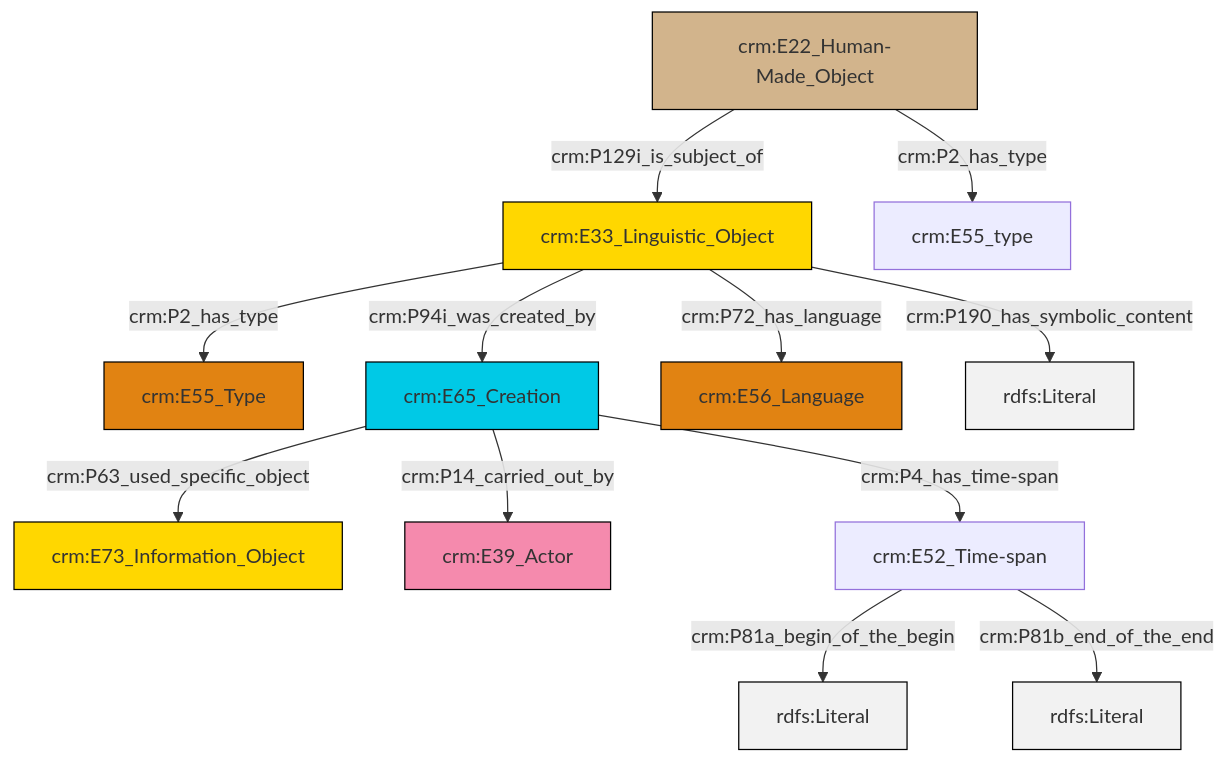
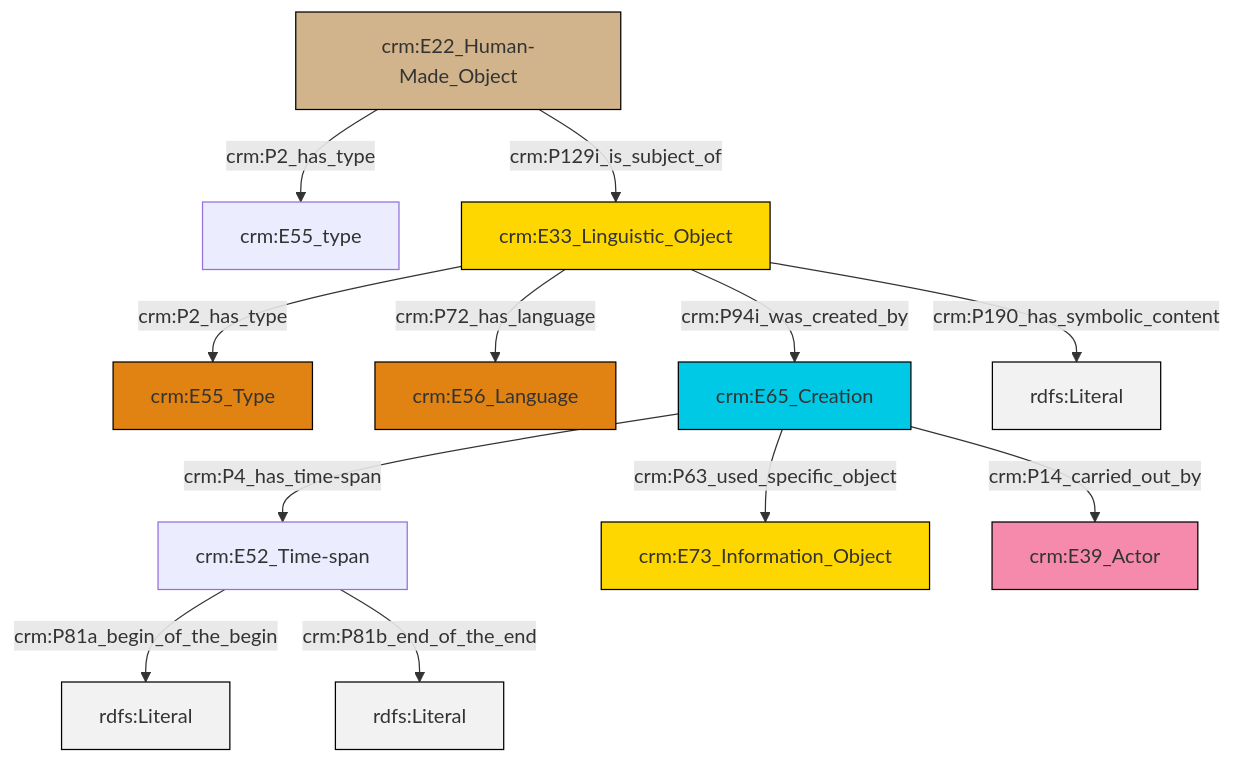
The diagram in et/builtWorkCSV/ttl/mmd/Built_Work_description.ttl.mmd (swiss-art-research-net/reference-data-models), drawn with Mermaid before and after one commit. The commit also changed 122 other files, not shown here.

```diff
--- a/et/builtWorkCSV/ttl/mmd/Built_Work_description.ttl.mmd
+++ b/et/builtWorkCSV/ttl/mmd/Built_Work_description.ttl.mmd
@@ -1,26 +1,26 @@
 graph TD
 classDef Literal fill:#f2f2f2,stroke:#000000;
 classDef CRM_Entity fill:#FFFFFF,stroke:#000000;
 classDef Temporal_Entity fill:#00C9E6, stroke:#000000;
 classDef Type fill:#E18312, stroke:#000000;
 classDef Time-Span fill:#2C9C91, stroke:#000000;
 classDef Appellation fill:#FFEB7F, stroke:#000000;
 classDef Place fill:#008836, stroke:#000000;
 classDef Persistent_Item fill:#B266B2, stroke:#000000;
 classDef Conceptual_Object fill:#FFD700, stroke:#000000;
 classDef Physical_Thing fill:#D2B48C, stroke:#000000;
 classDef Actor fill:#f58aad, stroke:#000000;
 classDef PC_Classes fill:#4ce600, stroke:#000000;
 classDef Multi fill:#cccccc,stroke:#000000;
 
-0["crm:E33_Linguistic_Object"]:::Conceptual_Object -->|crm:P2_has_type| 2["crm:E55_Type"]:::Type
-5["crm:E65_Creation"]:::Temporal_Entity -->|crm:P14_carried_out_by| 7["crm:E39_Actor"]:::Actor
-12["crm:E22_Human-Made_Object"]:::Physical_Thing -->|crm:P129i_is_subject_of| 0["crm:E33_Linguistic_Object"]:::Conceptual_Object
-5["crm:E65_Creation"]:::Temporal_Entity -->|crm:P63_used_specific_object| 3["crm:E73_Information_Object"]:::Conceptual_Object
-15["crm:E52_Time-span"]:::Default -->|crm:P81a_begin_of_the_begin| 16[rdfs:Literal]:::Literal
-15["crm:E52_Time-span"]:::Default -->|crm:P81b_end_of_the_end| 17[rdfs:Literal]:::Literal
-0["crm:E33_Linguistic_Object"]:::Conceptual_Object -->|crm:P190_has_symbolic_content| 19[rdfs:Literal]:::Literal
-0["crm:E33_Linguistic_Object"]:::Conceptual_Object -->|crm:P72_has_language| 10["crm:E56_Language"]:::Type
-0["crm:E33_Linguistic_Object"]:::Conceptual_Object -->|crm:P94i_was_created_by| 5["crm:E65_Creation"]:::Temporal_Entity
-5["crm:E65_Creation"]:::Temporal_Entity -->|crm:P4_has_time-span| 15["crm:E52_Time-span"]:::Default
-12["crm:E22_Human-Made_Object"]:::Physical_Thing -->|crm:P2_has_type| 8["crm:E55_type"]:::Default
+2["crm:E52_Time-span"]:::Default -->|crm:P81a_begin_of_the_begin| 3[rdfs:Literal]:::Literal
+10["crm:E33_Linguistic_Object"]:::Conceptual_Object -->|crm:P2_has_type| 6["crm:E55_Type"]:::Type
+10["crm:E33_Linguistic_Object"]:::Conceptual_Object -->|crm:P72_has_language| 11["crm:E56_Language"]:::Type
+15["crm:E65_Creation"]:::Temporal_Entity -->|crm:P14_carried_out_by| 8["crm:E39_Actor"]:::Actor
+13["crm:E22_Human-Made_Object"]:::Physical_Thing -->|crm:P2_has_type| 0["crm:E55_type"]:::Default
+10["crm:E33_Linguistic_Object"]:::Conceptual_Object -->|crm:P94i_was_created_by| 15["crm:E65_Creation"]:::Temporal_Entity
+15["crm:E65_Creation"]:::Temporal_Entity -->|crm:P4_has_time-span| 2["crm:E52_Time-span"]:::Default
+13["crm:E22_Human-Made_Object"]:::Physical_Thing -->|crm:P129i_is_subject_of| 10["crm:E33_Linguistic_Object"]:::Conceptual_Object
+10["crm:E33_Linguistic_Object"]:::Conceptual_Object -->|crm:P190_has_symbolic_content| 19[rdfs:Literal]:::Literal
+2["crm:E52_Time-span"]:::Default -->|crm:P81b_end_of_the_end| 20[rdfs:Literal]:::Literal
+15["crm:E65_Creation"]:::Temporal_Entity -->|crm:P63_used_specific_object| 4["crm:E73_Information_Object"]:::Conceptual_Object
```
